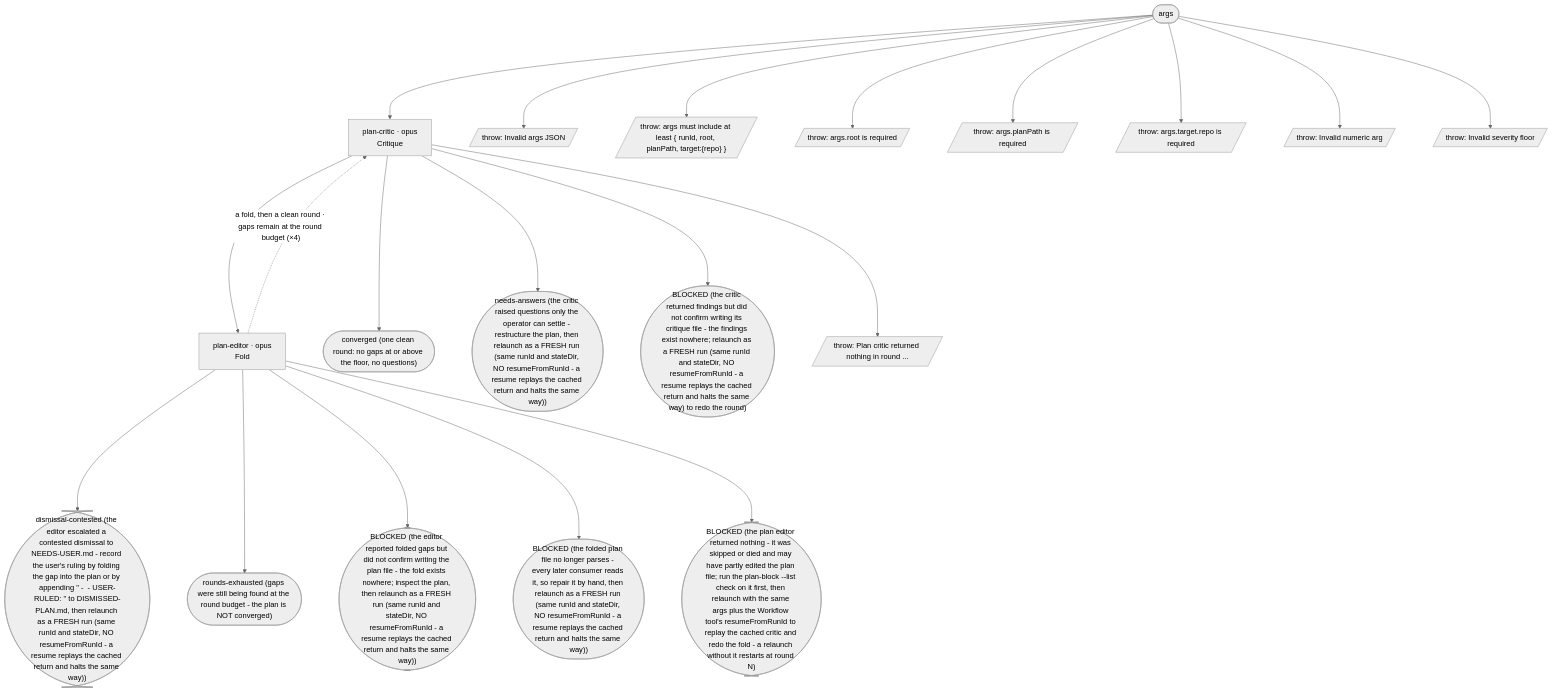
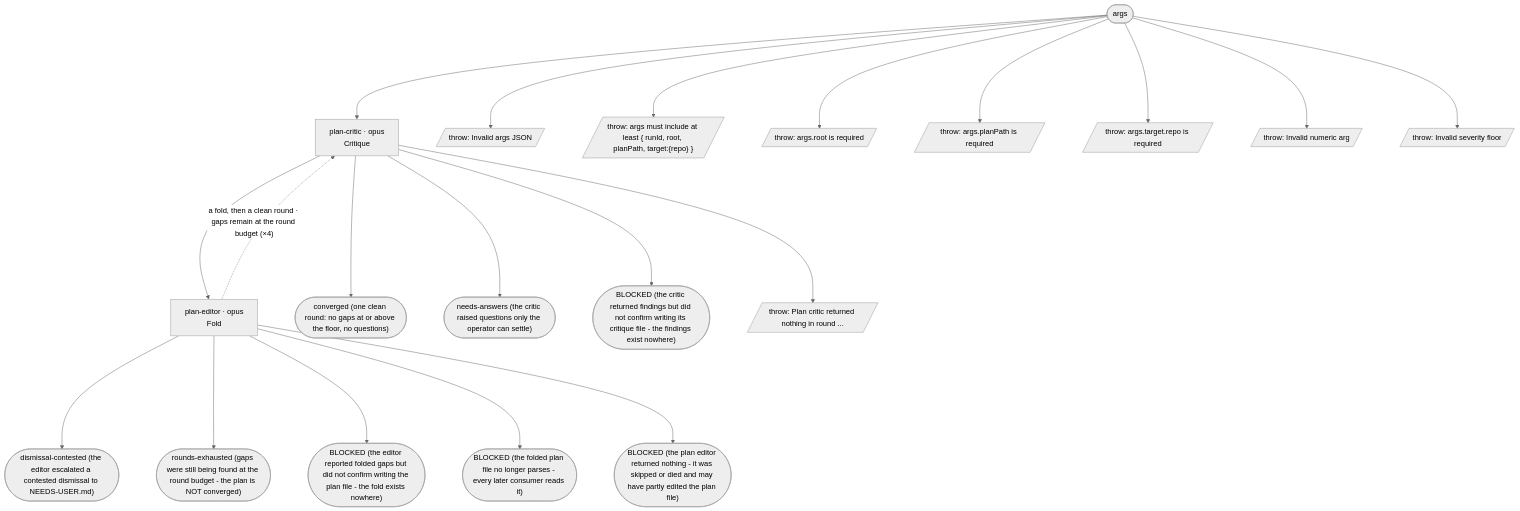
The diagram in workflows/refine/FLOW.md (Blakeem/aipromptguide-workflows), drawn with Mermaid (neutral theme) before and after one commit. The commit also changed other lines of this file and 36 other files, not shown here.

First line of the commit message:
Every engine returns the shared return fields: nextStep and failed on every return, status, halted and haltReason where it can halt

````diff
--- a/workflows/refine/FLOW.md
+++ b/workflows/refine/FLOW.md
@@ -8,42 +8,42 @@
 ```mermaid
 %%{init: {"flowchart": {"nodeSpacing": 80, "rankSpacing": 200}}}%%
 flowchart TD
   S0(["args"])
   a1["plan-critic · opus<br/>Critique"]
   a2["plan-editor · opus<br/>Fold"]
   t1(["converged (one clean round: no gaps at or above the floor, no questions)"])
-  t2(["needs-answers (the critic raised questions only the operator can settle - restructure the plan, then relaunch as a FRESH run (same runId and stateDir, NO resumeFromRunId - a resume replays the cached return and halts the same way))"])
-  t3(["dismissal-contested (the editor escalated a contested dismissal to NEEDS-USER.md - record the user's ruling by folding the gap into the plan or by appending #quot;<block id> - <gap gist> - USER-RULED: <reason>#quot; to DISMISSED-PLAN.md, then relaunch as a FRESH run (same runId and stateDir, NO resumeFromRunId - a resume replays the cached return and halts the same way))"])
+  t2(["needs-answers (the critic raised questions only the operator can settle)"])
+  t3(["dismissal-contested (the editor escalated a contested dismissal to NEEDS-USER.md)"])
   t4(["rounds-exhausted (gaps were still being found at the round budget - the plan is NOT converged)"])
-  t5(["BLOCKED (the critic returned findings but did not confirm writing its critique file - the findings exist nowhere; relaunch as a FRESH run (same runId and stateDir, NO resumeFromRunId - a resume replays the cached return and halts the same way) to redo the round)"])
-  t6(["BLOCKED (the editor reported folded gaps but did not confirm writing the plan file - the fold exists nowhere; inspect the plan, then relaunch as a FRESH run (same runId and stateDir, NO resumeFromRunId - a resume replays the cached return and halts the same way))"])
-  t7(["BLOCKED (the folded plan file no longer parses - every later consumer reads it, so repair it by hand, then relaunch as a FRESH run (same runId and stateDir, NO resumeFromRunId - a resume replays the cached return and halts the same way))"])
-  t8(["BLOCKED (the plan editor returned nothing - it was skipped or died and may have partly edited the plan file; run the plan-block --list check on it first, then relaunch with the same args plus the Workflow tool's resumeFromRunId to replay the cached critic and redo the fold - a relaunch without it restarts at round N)"])
+  t5(["BLOCKED (the critic returned findings but did not confirm writing its critique file - the findings exist nowhere)"])
+  t6(["BLOCKED (the editor reported folded gaps but did not confirm writing the plan file - the fold exists nowhere)"])
+  t7(["BLOCKED (the folded plan file no longer parses - every later consumer reads it)"])
+  t8(["BLOCKED (the plan editor returned nothing - it was skipped or died and may have partly edited the plan file)"])
   x1[/"throw: Invalid args JSON"/]
   x2[/"throw: args must include at least { runId, root, planPath, target:{repo} }"/]
   x3[/"throw: args.root is required"/]
   x4[/"throw: args.planPath is required"/]
   x5[/"throw: args.target.repo is required"/]
   x6[/"throw: Invalid numeric arg"/]
   x7[/"throw: Invalid severity floor"/]
   x8[/"throw: Plan critic returned nothing in round ..."/]
   S0 --> a1
   S0 --> x1
   S0 --> x2
   S0 --> x3
   S0 --> x4
   S0 --> x5
   S0 --> x6
   S0 --> x7
   a1 --> a2
   a1 --> t1
   a1 --> t2
   a1 --> t5
   a1 --> x8
   a2 -.->|"a fold, then a clean round · gaps remain at the round budget (×4)"| a1
   a2 --> t3
   a2 --> t4
   a2 --> t6
   a2 --> t7
   a2 --> t8
 ```
````
